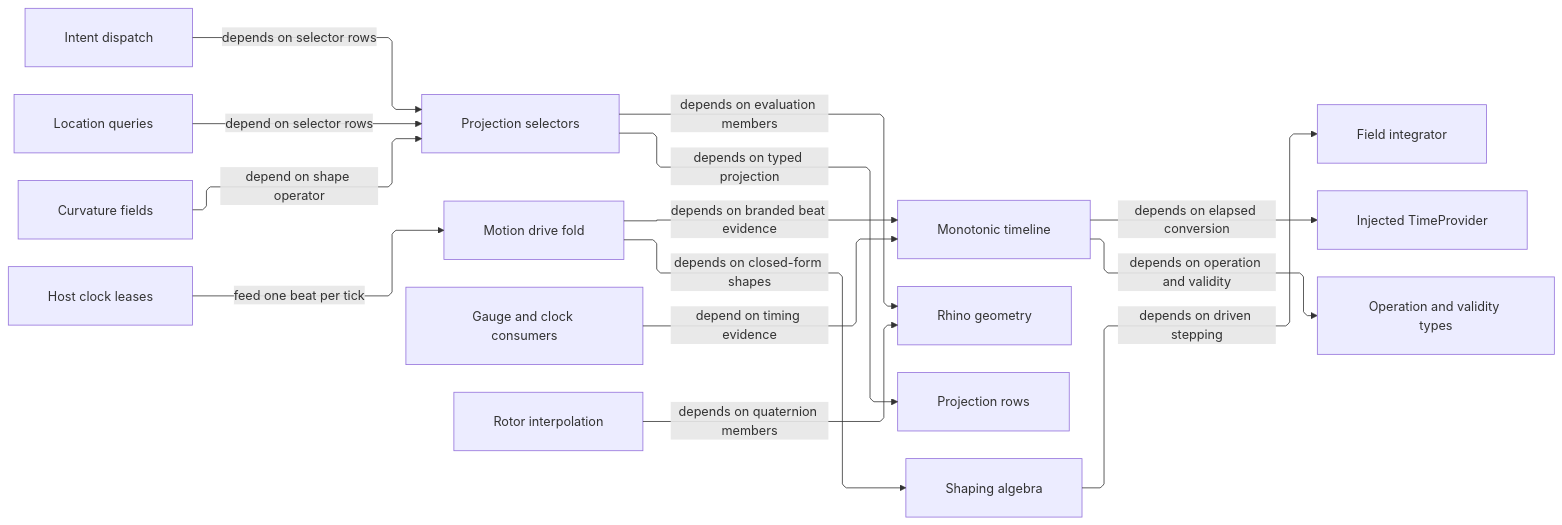
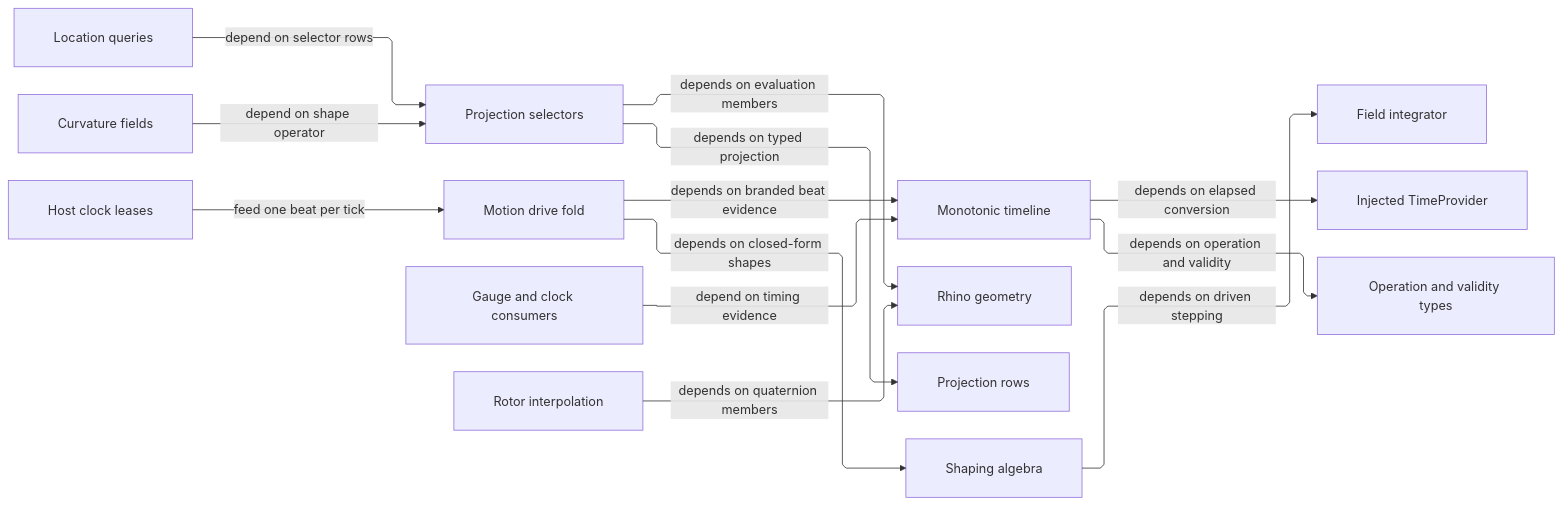
The diagram in libs/dotnet/Rasm/.planning/Parametric/projections.md (bsamiee/Rasm), drawn with Mermaid before and after one commit. The commit also changed other lines of this file and 68 other files, not shown here.

````diff
--- a/libs/dotnet/Rasm/.planning/Parametric/projections.md
+++ b/libs/dotnet/Rasm/.planning/Parametric/projections.md
@@ -1009,28 +1009,27 @@
 ```mermaid
 ---
 config:
   layout: elk
   elk:
     nodePlacementStrategy: NETWORK_SIMPLEX
     considerModelOrder: NODES_AND_EDGES
   flowchart:
     curve: linear
     padding: 25
 ---
 flowchart LR
     accTitle: Parametric projection and motion dependency graph
     accDescr: Projection, timing, and motion owners depend on verified geometry, numerical, result, and monotonic-clock surfaces while host leases depend only on the sampling fold.
-    Intent["Intent dispatch"] -->|"depends on selector rows"| Selectors["Projection selectors"]
-    Locate["Location queries"] -->|"depend on selector rows"| Selectors
+    Locate["Location queries"] -->|"depend on selector rows"| Selectors["Projection selectors"]
     Fields["Curvature fields"] -->|"depend on shape operator"| Selectors
     Leases["Host clock leases"] -->|"feed one beat per tick"| Drive["Motion drive fold"]
     Consumers["Gauge and clock consumers"] -->|"depend on timing evidence"| Timeline["Monotonic timeline"]
     Selectors selectorRhino@-->|"depends on evaluation members"| Rhino["Rhino geometry"]
     Selectors selectorProj@-->|"depends on typed projection"| Projection["Projection rows"]
     Rotors["Rotor interpolation"] rotorRhino@-->|"depends on quaternion members"| Rhino
     Drive driveShapes@-->|"depends on closed-form shapes"| Shapes["Shaping algebra"]
     Drive driveBeat@-->|"depends on branded beat evidence"| Timeline
     Shapes shapeStep@-->|"depends on driven stepping"| Integrator["Field integrator"]
     Timeline timelineProvider@-->|"depends on elapsed conversion"| Provider["Injected TimeProvider"]
     Timeline timelineType@-->|"depends on operation and validity"| Results["Operation and validity types"]
 ```
````
